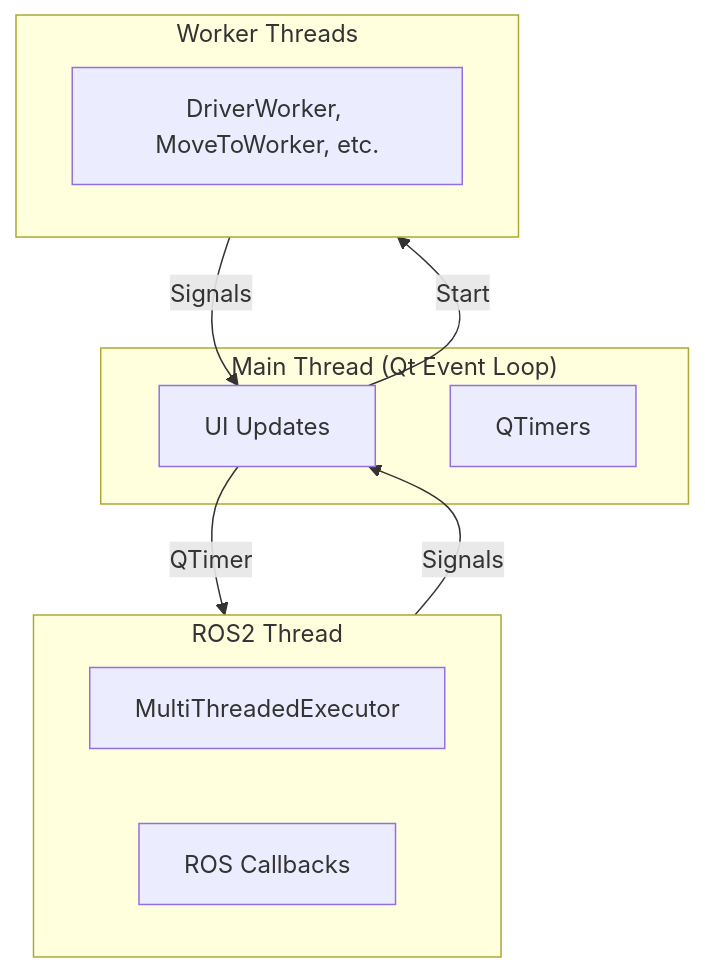
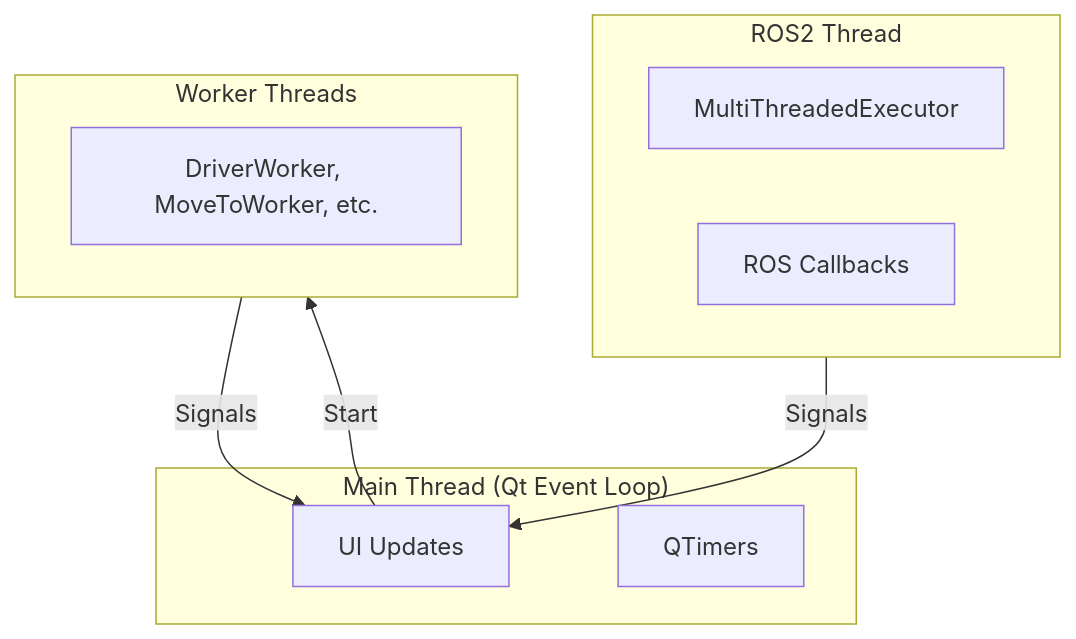
The second of 2 diagrams in nectar/nectar/interface/README.md (Black-Bee-Drones/nectar-sdk), drawn with Mermaid before and after one commit. The commit also changed other lines of this file and 13 other files, not shown here.

Commit message:
docs: sync diagrams and docs

````diff
--- a/nectar/nectar/interface/README.md
+++ b/nectar/nectar/interface/README.md
@@ -148,21 +149,20 @@
 ```mermaid
 flowchart TB
     subgraph MainThread["Main Thread (Qt Event Loop)"]
         UI[UI Updates]
         Timers[QTimers]
     end
 
     subgraph ROSThread["ROS2 Thread"]
         Executor[MultiThreadedExecutor]
         Callbacks[ROS Callbacks]
     end
 
     subgraph WorkerThreads["Worker Threads"]
         Workers[DriverWorker, MoveToWorker, etc.]
     end
 
-    UI --> |"QTimer"| ROSThread
     UI --> |"Start"| WorkerThreads
     WorkerThreads --> |"Signals"| UI
     ROSThread --> |"Signals"| UI
 ```
````
